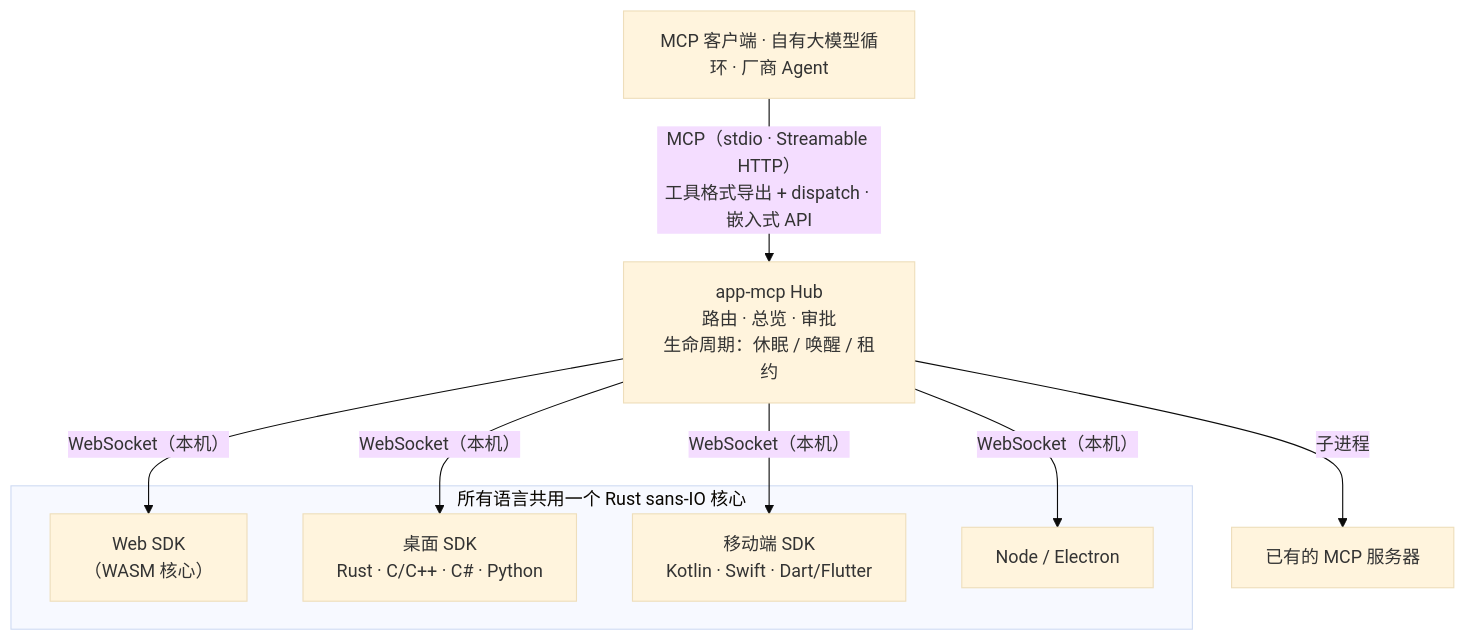
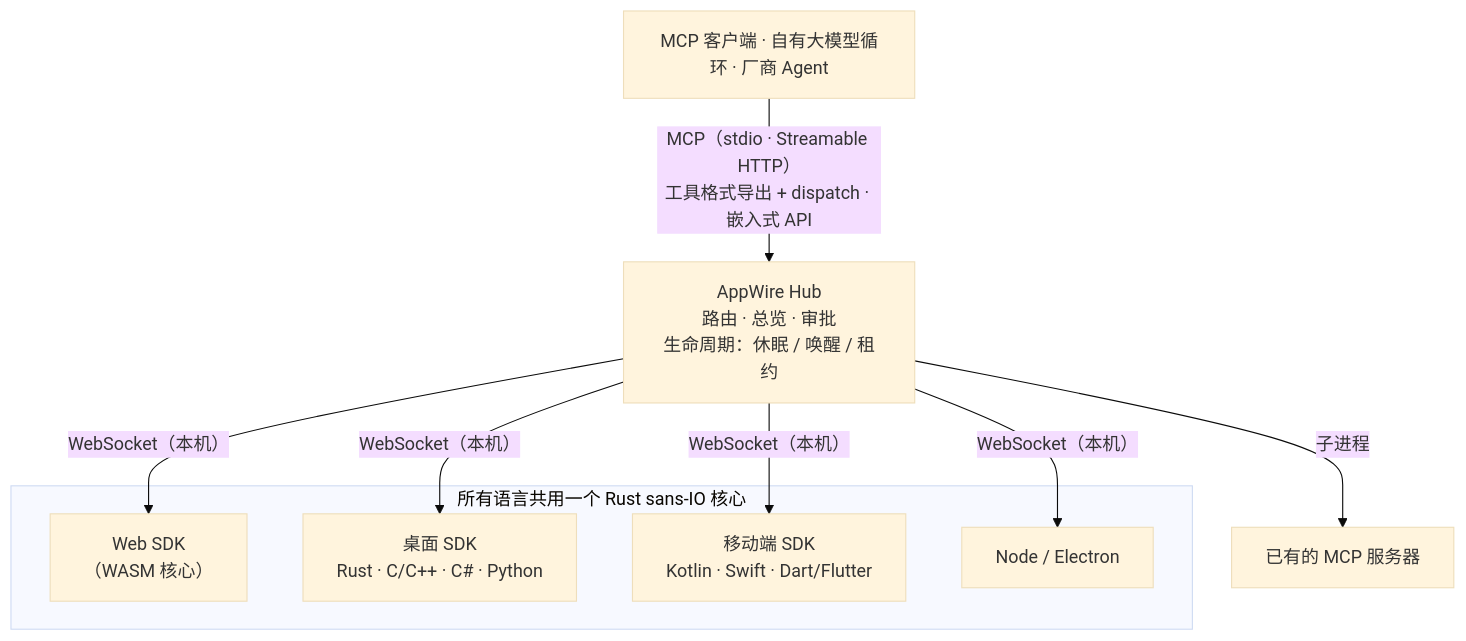
Before and after one commit to stareing/appwire: the diagram in docs/README.zh-CN.md, drawn with Mermaid (base theme). The commit also changed other lines of this file and 51 other files, not shown here.

First line of the commit message:
发布元数据与文档：AppWire 品牌、多语言 README、包元数据

````diff
--- a/docs/README.zh-CN.md
+++ b/docs/README.zh-CN.md
@@ -42,17 +129,17 @@
 ```mermaid
 flowchart TD
   clients["MCP 客户端 · 自有大模型循环 · 厂商 Agent"]
-  hub["app-mcp Hub<br/>路由 · 总览 · 审批<br/>生命周期：休眠 / 唤醒 / 租约"]
+  hub["AppWire Hub<br/>路由 · 总览 · 审批<br/>生命周期：休眠 / 唤醒 / 租约"]
   clients -- "MCP（stdio · Streamable HTTP）<br/>工具格式导出 + dispatch · 嵌入式 API" --> hub
   hub -- "WebSocket（本机）" --> web["Web SDK<br/>（WASM 核心）"]
   hub -- "WebSocket（本机）" --> desktop["桌面 SDK<br/>Rust · C/C++ · C# · Python"]
   hub -- "WebSocket（本机）" --> mobile["移动端 SDK<br/>Kotlin · Swift · Dart/Flutter"]
   hub -- "WebSocket（本机）" --> node["Node / Electron"]
   hub -- "子进程" --> upstream["已有的 MCP 服务器"]
   subgraph core["所有语言共用一个 Rust sans-IO 核心"]
     web
     desktop
     mobile
     node
   end
 ```
````
